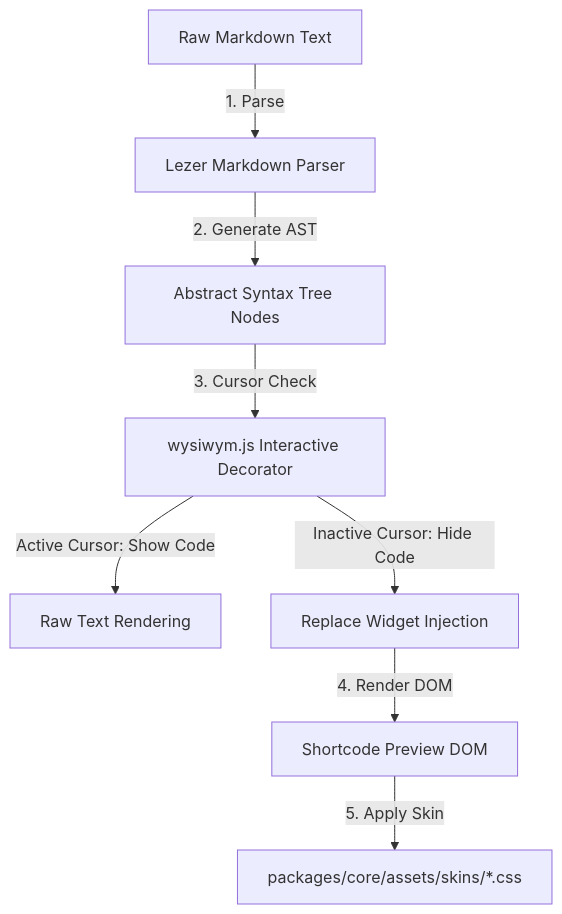
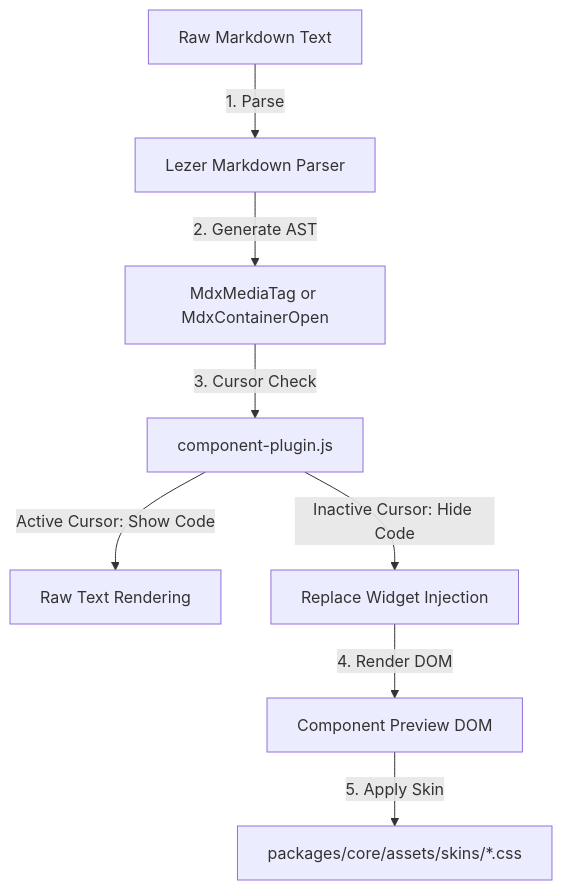
The diagram in docs/dev/building-custom-shortcodes.md (slpstream/traven), drawn with Mermaid before and after one commit. The commit also changed other lines of this file and 41 other files, not shown here.

````diff
--- a/docs/dev/building-custom-shortcodes.md
+++ b/docs/dev/building-custom-shortcodes.md
@@ -11,10 +11,10 @@
 ```mermaid
 graph TD
     Source[Raw Markdown Text] -->|1. Parse| Lezer[Lezer Markdown Parser]
-    Lezer -->|2. Generate AST| AST[Abstract Syntax Tree Nodes]
-    AST -->|3. Cursor Check| Decorator[wysiwym.js Interactive Decorator]
+    Lezer -->|2. Generate AST| AST[MdxMediaTag or MdxContainerOpen]
+    AST -->|3. Cursor Check| Decorator[component-plugin.js]
     Decorator -->|Active Cursor: Show Code| Text[Raw Text Rendering]
     Decorator -->|Inactive Cursor: Hide Code| Widget[Replace Widget Injection]
-    Widget -->|4. Render DOM| DOM[Shortcode Preview DOM]
+    Widget -->|4. Render DOM| DOM[Component Preview DOM]
     DOM -->|5. Apply Skin| CSS[packages/core/assets/skins/*.css]
 ```
````
